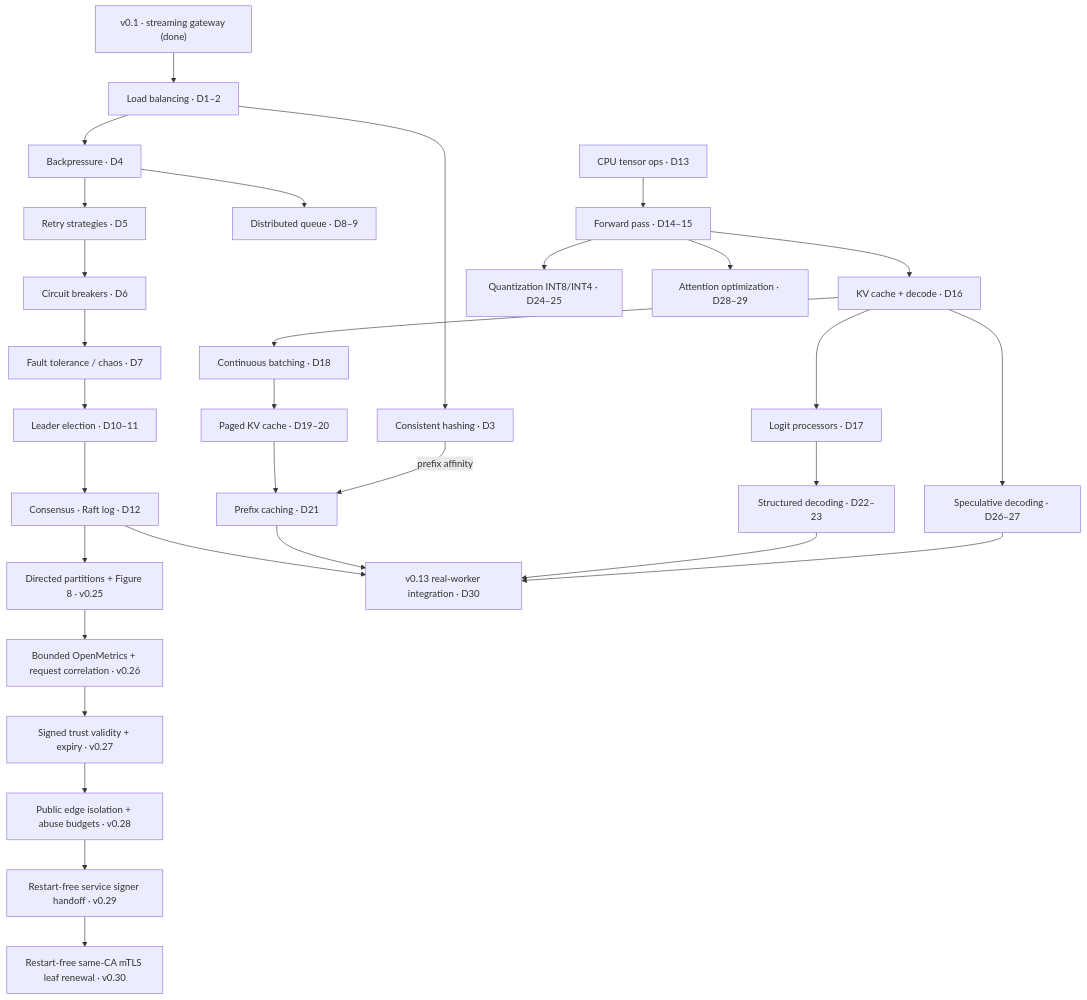
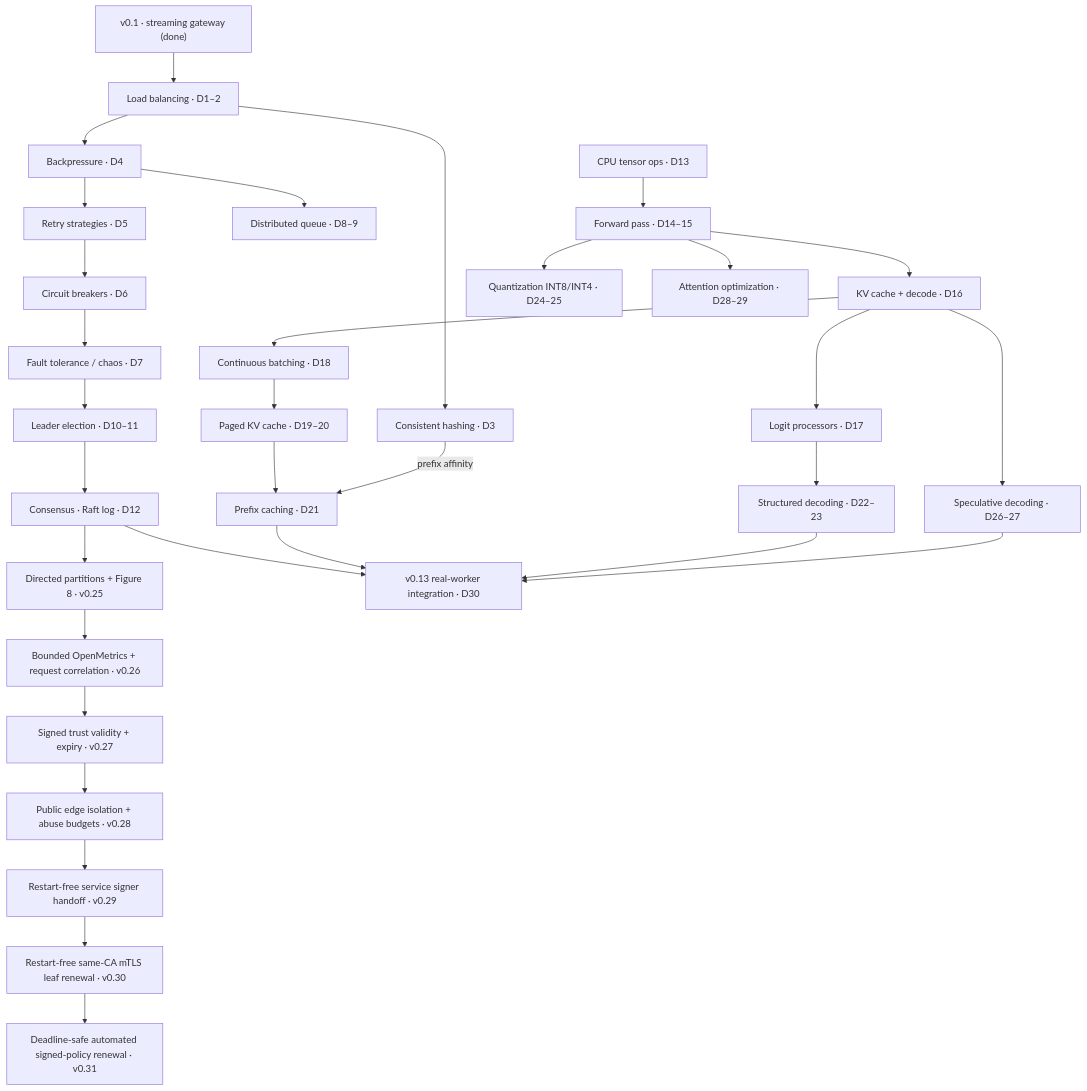
Before and after one commit to conan505/inferLab: the first of 5 diagrams in docs/plan-30-days.md, drawn with Mermaid. The commit also changed other lines of this file and 3 other files, not shown here.

Commit message:
docs(rfc): define automated trust-policy renewal

````diff
--- a/docs/plan-30-days.md
+++ b/docs/plan-30-days.md
@@ -11,34 +11,35 @@
 ```mermaid
 flowchart TD
     S["v0.1 · streaming gateway (done)"] --> LB["Load balancing · D1–2"]
     LB --> CH["Consistent hashing · D3"]
     LB --> BP["Backpressure · D4"]
     BP --> RT["Retry strategies · D5"]
     RT --> CB["Circuit breakers · D6"]
     CB --> FT["Fault tolerance / chaos · D7"]
     BP --> DQ["Distributed queue · D8–9"]
     FT --> LE["Leader election · D10–11"]
     LE --> CS["Consensus · Raft log · D12"]
     CS --> PART["Directed partitions + Figure 8 · v0.25"]
     PART --> OBS["Bounded OpenMetrics + request correlation · v0.26"]
     OBS --> EXP["Signed trust validity + expiry · v0.27"]
     EXP --> EDGE["Public edge isolation + abuse budgets · v0.28"]
     EDGE --> HANDOFF["Restart-free service signer handoff · v0.29"]
     HANDOFF --> TLSRENEW["Restart-free same-CA mTLS leaf renewal · v0.30"]
+    TLSRENEW --> POLICYRENEW["Deadline-safe automated signed-policy renewal · v0.31"]
 
     S2["CPU tensor ops · D13"] --> FP["Forward pass · D14–15"]
     FP --> KV["KV cache + decode · D16"]
     KV --> LP["Logit processors · D17"]
     KV --> CBATCH["Continuous batching · D18"]
     CBATCH --> PKV["Paged KV cache · D19–20"]
     PKV --> PC["Prefix caching · D21"]
     CH -->|prefix affinity| PC
     LP --> SD["Structured decoding · D22–23"]
     FP --> QZ["Quantization INT8/INT4 · D24–25"]
     KV --> SPEC["Speculative decoding · D26–27"]
     FP --> ATT["Attention optimization · D28–29"]
     CS --> INT["v0.13 real-worker integration · D30"]
     PC --> INT
     SD --> INT
     SPEC --> INT
 ```
````
